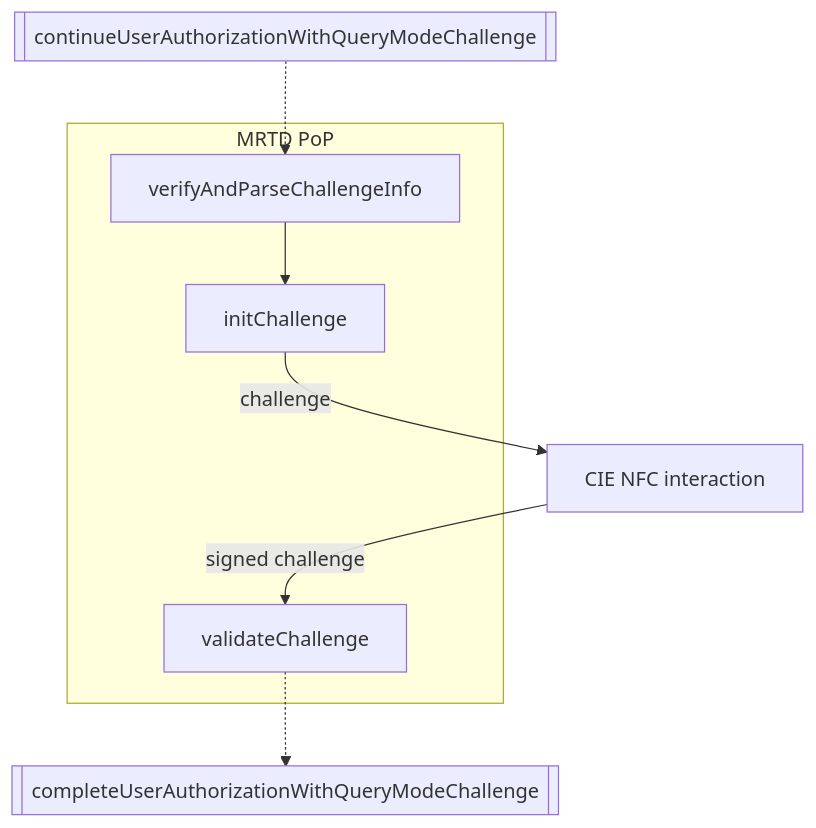
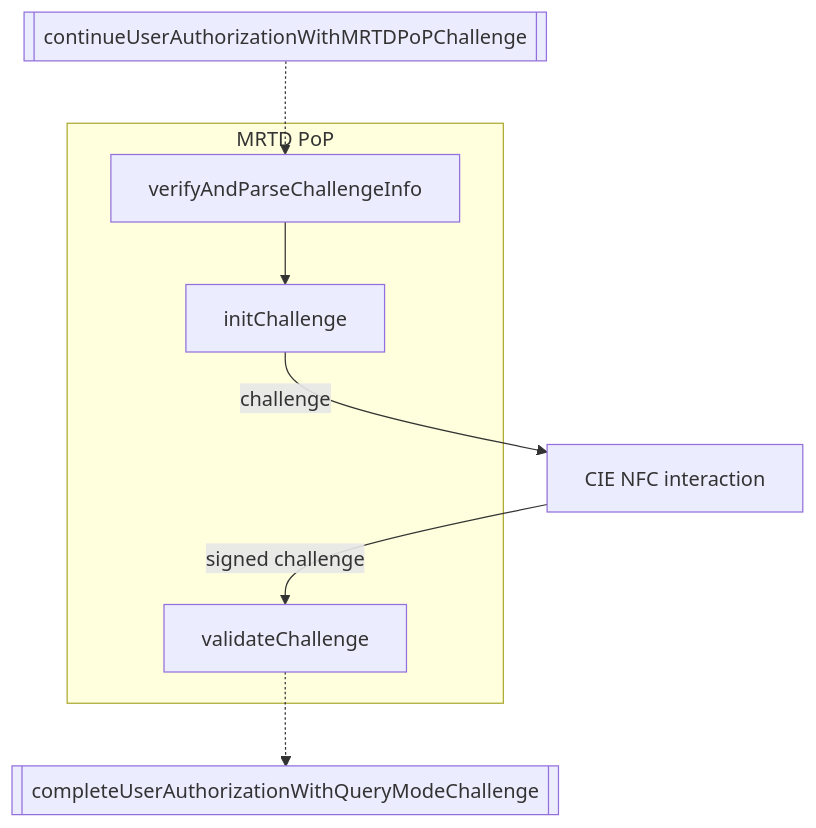
The diagram in src/credential/mrtd-pop/README.md (pagopa/io-react-native-wallet), drawn with Mermaid before and after one commit. The commit also changed other lines of this file and 4 other files, not shown here.

````diff
--- a/src/credential/mrtd-pop/README.md
+++ b/src/credential/mrtd-pop/README.md
@@ -11,19 +11,19 @@
 ```mermaid
 graph TD;
-    A@{ shape: subproc, label: "continueUserAuthorizationWithQueryModeChallenge" }
+    A@{ shape: subproc, label: "continueUserAuthorizationWithMRTDPoPChallenge" }
     subgraph MRTD PoP
     B[verifyAndParseChallengeInfo]
     C[initChallenge]
     E[validateChallenge]
     end
     D[CIE NFC interaction]
     F@{ shape: subproc, label: "completeUserAuthorizationWithQueryModeChallenge" }
 
 
     A -.-> B
     B --> C
     C -->|challenge|D
     D -->|signed challenge| E
     E -.-> F
 
 ```
````
